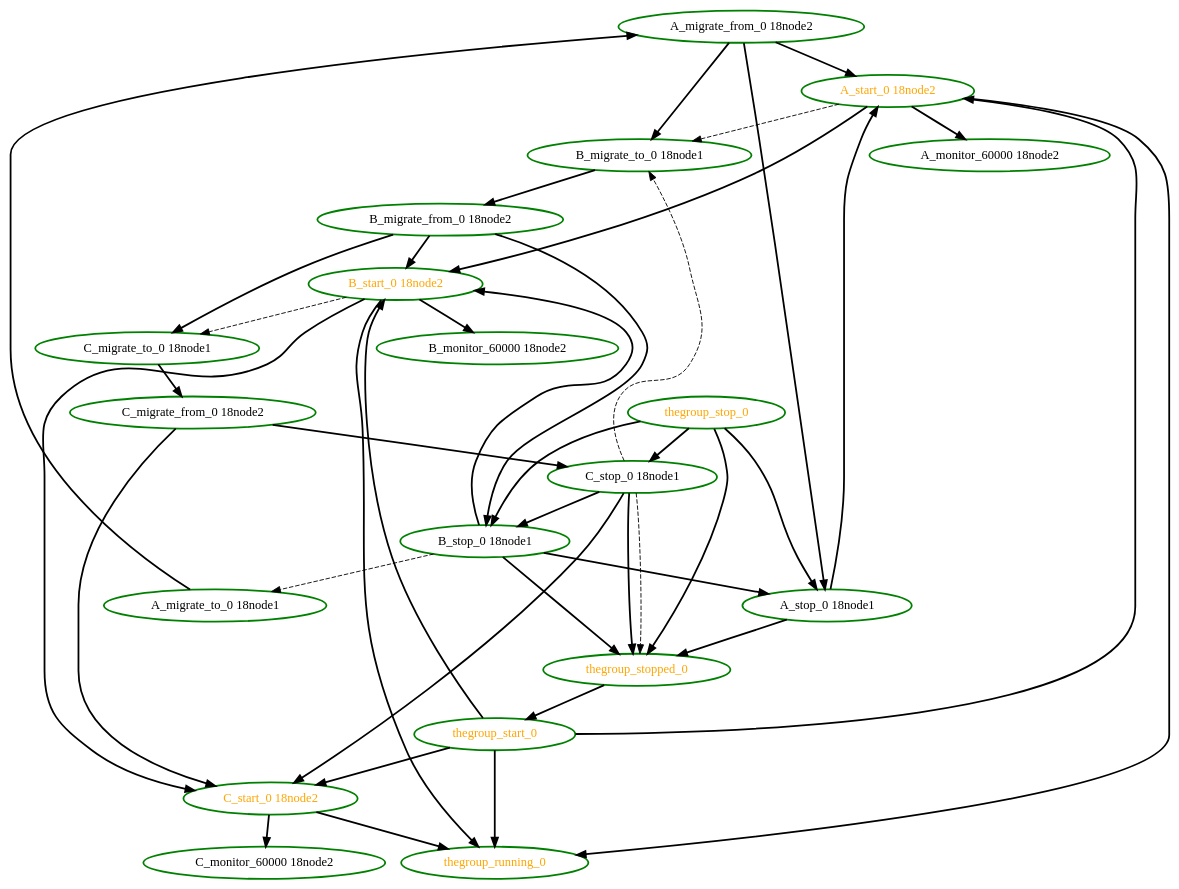
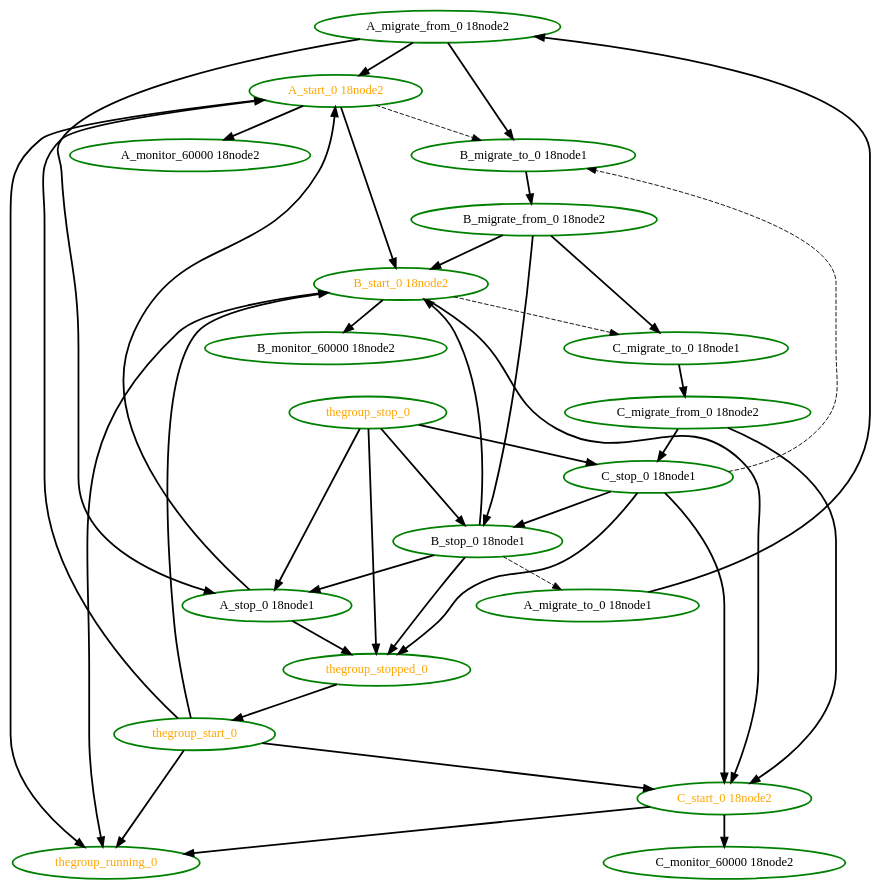
Before and after one commit to ClusterLabs/pacemaker: the diagram in cts/scheduler/6-migrate-group.dot, drawn with Graphviz. The commit also changed 2 other files, not shown here.

```diff
--- a/cts/scheduler/6-migrate-group.dot
+++ b/cts/scheduler/6-migrate-group.dot
@@ -1,62 +1,61 @@
  digraph "g" {
 "A_migrate_from_0 18node2" -> "A_start_0 18node2" [ style = bold]
 "A_migrate_from_0 18node2" -> "A_stop_0 18node1" [ style = bold]
 "A_migrate_from_0 18node2" -> "B_migrate_to_0 18node1" [ style = bold]
 "A_migrate_from_0 18node2" [ style=bold color="green" fontcolor="black"]
 "A_migrate_to_0 18node1" -> "A_migrate_from_0 18node2" [ style = bold]
 "A_migrate_to_0 18node1" [ style=bold color="green" fontcolor="black"]
 "A_monitor_60000 18node2" [ style=bold color="green" fontcolor="black"]
 "A_start_0 18node2" -> "A_monitor_60000 18node2" [ style = bold]
 "A_start_0 18node2" -> "B_migrate_to_0 18node1" [ style = dashed]
 "A_start_0 18node2" -> "B_start_0 18node2" [ style = bold]
 "A_start_0 18node2" -> "thegroup_running_0" [ style = bold]
 "A_start_0 18node2" [ style=bold color="green" fontcolor="orange"]
 "A_stop_0 18node1" -> "A_start_0 18node2" [ style = bold]
 "A_stop_0 18node1" -> "thegroup_stopped_0" [ style = bold]
 "A_stop_0 18node1" [ style=bold color="green" fontcolor="black"]
 "B_migrate_from_0 18node2" -> "B_start_0 18node2" [ style = bold]
 "B_migrate_from_0 18node2" -> "B_stop_0 18node1" [ style = bold]
 "B_migrate_from_0 18node2" -> "C_migrate_to_0 18node1" [ style = bold]
 "B_migrate_from_0 18node2" [ style=bold color="green" fontcolor="black"]
 "B_migrate_to_0 18node1" -> "B_migrate_from_0 18node2" [ style = bold]
 "B_migrate_to_0 18node1" [ style=bold color="green" fontcolor="black"]
 "B_monitor_60000 18node2" [ style=bold color="green" fontcolor="black"]
 "B_start_0 18node2" -> "B_monitor_60000 18node2" [ style = bold]
 "B_start_0 18node2" -> "C_migrate_to_0 18node1" [ style = dashed]
 "B_start_0 18node2" -> "C_start_0 18node2" [ style = bold]
 "B_start_0 18node2" -> "thegroup_running_0" [ style = bold]
 "B_start_0 18node2" [ style=bold color="green" fontcolor="orange"]
 "B_stop_0 18node1" -> "A_migrate_to_0 18node1" [ style = dashed]
 "B_stop_0 18node1" -> "A_stop_0 18node1" [ style = bold]
 "B_stop_0 18node1" -> "B_start_0 18node2" [ style = bold]
 "B_stop_0 18node1" -> "thegroup_stopped_0" [ style = bold]
 "B_stop_0 18node1" [ style=bold color="green" fontcolor="black"]
 "C_migrate_from_0 18node2" -> "C_start_0 18node2" [ style = bold]
 "C_migrate_from_0 18node2" -> "C_stop_0 18node1" [ style = bold]
 "C_migrate_from_0 18node2" [ style=bold color="green" fontcolor="black"]
 "C_migrate_to_0 18node1" -> "C_migrate_from_0 18node2" [ style = bold]
 "C_migrate_to_0 18node1" [ style=bold color="green" fontcolor="black"]
 "C_monitor_60000 18node2" [ style=bold color="green" fontcolor="black"]
 "C_start_0 18node2" -> "C_monitor_60000 18node2" [ style = bold]
 "C_start_0 18node2" -> "thegroup_running_0" [ style = bold]
 "C_start_0 18node2" [ style=bold color="green" fontcolor="orange"]
 "C_stop_0 18node1" -> "B_migrate_to_0 18node1" [ style = dashed]
 "C_stop_0 18node1" -> "B_stop_0 18node1" [ style = bold]
 "C_stop_0 18node1" -> "C_start_0 18node2" [ style = bold]
 "C_stop_0 18node1" -> "thegroup_stopped_0" [ style = bold]
-"C_stop_0 18node1" -> "thegroup_stopped_0" [ style = dashed]
 "C_stop_0 18node1" [ style=bold color="green" fontcolor="black"]
 "thegroup_running_0" [ style=bold color="green" fontcolor="orange"]
 "thegroup_start_0" -> "A_start_0 18node2" [ style = bold]
 "thegroup_start_0" -> "B_start_0 18node2" [ style = bold]
 "thegroup_start_0" -> "C_start_0 18node2" [ style = bold]
 "thegroup_start_0" -> "thegroup_running_0" [ style = bold]
 "thegroup_start_0" [ style=bold color="green" fontcolor="orange"]
 "thegroup_stop_0" -> "A_stop_0 18node1" [ style = bold]
 "thegroup_stop_0" -> "B_stop_0 18node1" [ style = bold]
 "thegroup_stop_0" -> "C_stop_0 18node1" [ style = bold]
 "thegroup_stop_0" -> "thegroup_stopped_0" [ style = bold]
 "thegroup_stop_0" [ style=bold color="green" fontcolor="orange"]
 "thegroup_stopped_0" -> "thegroup_start_0" [ style = bold]
 "thegroup_stopped_0" [ style=bold color="green" fontcolor="orange"]
 }
```
